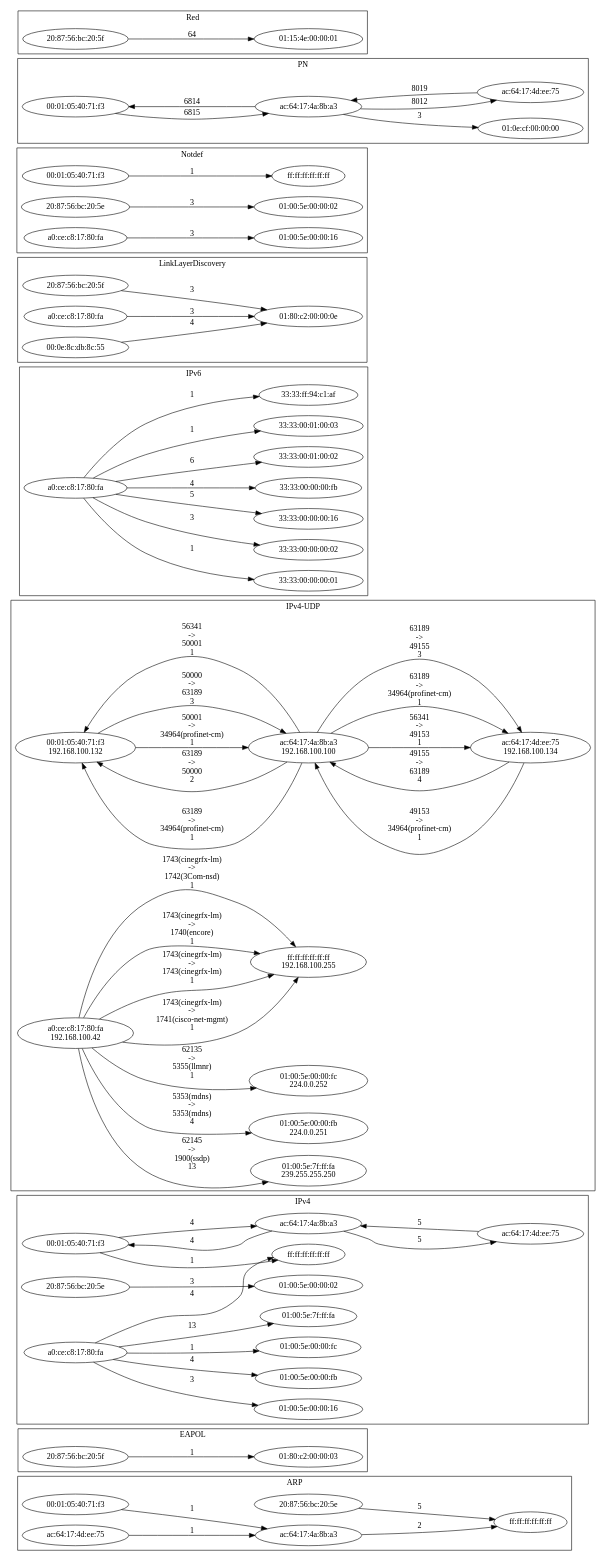
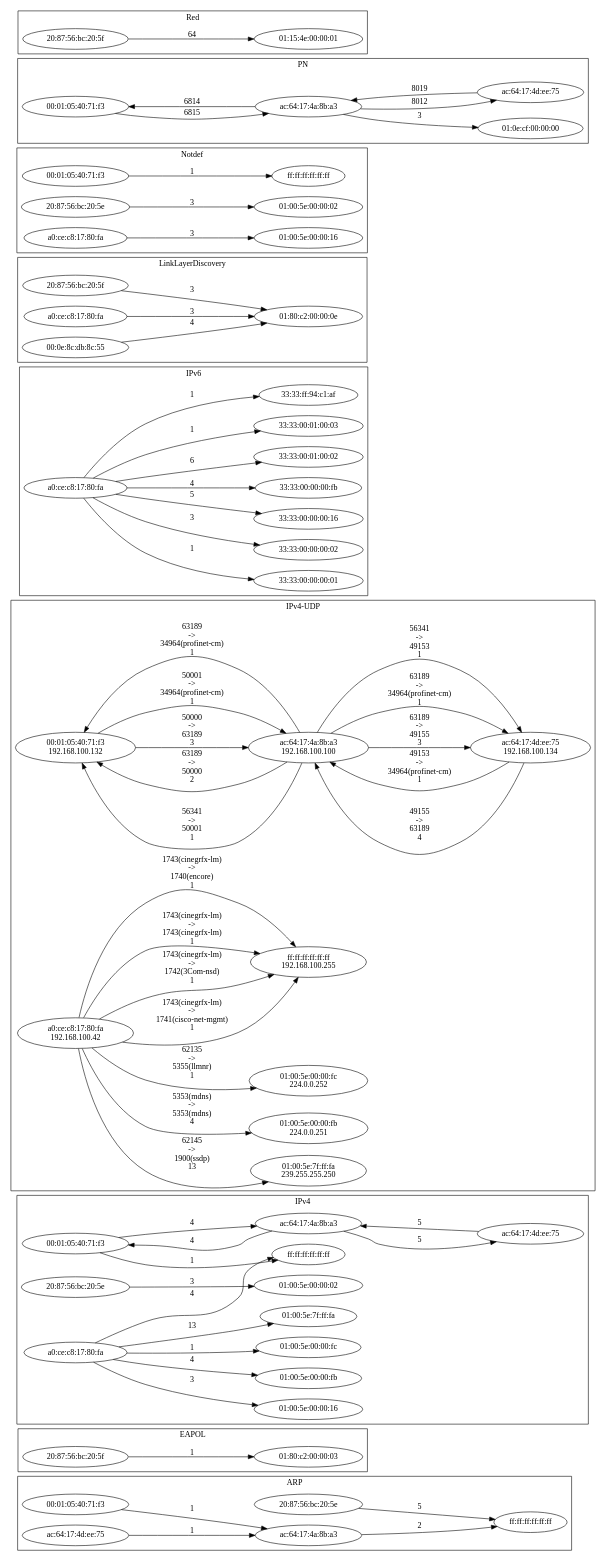
The diagram in results/networkgraph.gv (profAW/neTTool), drawn with Graphviz before and after one commit. The commit also changed 13 other files, not shown here.

```diff
--- a/results/networkgraph.gv
+++ b/results/networkgraph.gv
@@ -1,148 +1,148 @@
 digraph  {
  rankdir= LR;
 
 	subgraph cluster_s1 {
 		label="ARP";
-		n15[label="00:01:05:40:71:f3"];
-		n34[label="20:87:56:bc:20:5e"];
-		n16[label="ac:64:17:4a:8b:a3"];
-		n46[label="ac:64:17:4d:ee:75"];
-		n35[label="ff:ff:ff:ff:ff:ff"];
-		n15->n16[label="1"];
-		n34->n35[label="5"];
-		n16->n35[label="2"];
-		n46->n16[label="1"];
+		n46[label="00:01:05:40:71:f3"];
+		n11[label="20:87:56:bc:20:5e"];
+		n38[label="ac:64:17:4a:8b:a3"];
+		n43[label="ac:64:17:4d:ee:75"];
+		n12[label="ff:ff:ff:ff:ff:ff"];
+		n46->n38[label="1"];
+		n11->n12[label="5"];
+		n38->n12[label="2"];
+		n43->n38[label="1"];
 		
 	}
 	subgraph cluster_s8 {
 		label="EAPOL";
-		n42[label="01:80:c2:00:00:03"];
-		n41[label="20:87:56:bc:20:5f"];
-		n41->n42[label="1"];
+		n23[label="01:80:c2:00:00:03"];
+		n22[label="20:87:56:bc:20:5f"];
+		n22->n23[label="1"];
 		
 	}
 	subgraph cluster_s2 {
 		label="IPv4";
-		n26[label="00:01:05:40:71:f3"];
-		n22[label="01:00:5e:00:00:02"];
-		n43[label="01:00:5e:00:00:16"];
-		n49[label="01:00:5e:00:00:fb"];
-		n59[label="01:00:5e:00:00:fc"];
-		n39[label="01:00:5e:7f:ff:fa"];
-		n21[label="20:87:56:bc:20:5e"];
-		n38[label="a0:ce:c8:17:80:fa"];
-		n25[label="ac:64:17:4a:8b:a3"];
-		n54[label="ac:64:17:4d:ee:75"];
-		n53[label="ff:ff:ff:ff:ff:ff"];
-		n26->n53[label="1"];
-		n26->n25[label="4"];
-		n21->n22[label="3"];
-		n38->n39[label="13"];
-		n38->n43[label="3"];
-		n38->n49[label="4"];
-		n38->n53[label="4"];
-		n38->n59[label="1"];
-		n25->n26[label="4"];
-		n25->n54[label="5"];
-		n54->n25[label="5"];
+		n20[label="00:01:05:40:71:f3"];
+		n33[label="01:00:5e:00:00:02"];
+		n55[label="01:00:5e:00:00:16"];
+		n36[label="01:00:5e:00:00:fb"];
+		n60[label="01:00:5e:00:00:fc"];
+		n58[label="01:00:5e:7f:ff:fa"];
+		n32[label="20:87:56:bc:20:5e"];
+		n28[label="a0:ce:c8:17:80:fa"];
+		n31[label="ac:64:17:4a:8b:a3"];
+		n53[label="ac:64:17:4d:ee:75"];
+		n21[label="ff:ff:ff:ff:ff:ff"];
+		n20->n21[label="1"];
+		n20->n31[label="4"];
+		n32->n33[label="3"];
+		n28->n21[label="4"];
+		n28->n36[label="4"];
+		n28->n55[label="3"];
+		n28->n58[label="13"];
+		n28->n60[label="1"];
+		n31->n20[label="4"];
+		n31->n53[label="5"];
+		n53->n31[label="5"];
 		
 	}
 	subgraph cluster_s4 {
 		label="IPv4-TCP";
 		
 	}
 	subgraph cluster_s3 {
 		label="IPv4-UDP";
-		n14[label="00:01:05:40:71:f3 \n 192.168.100.132"];
-		n56[label="01:00:5e:00:00:fb \n 224.0.0.251"];
-		n51[label="01:00:5e:00:00:fc \n 224.0.0.252"];
-		n20[label="01:00:5e:7f:ff:fa \n 239.255.255.250"];
-		n19[label="a0:ce:c8:17:80:fa \n 192.168.100.42"];
-		n13[label="ac:64:17:4a:8b:a3 \n 192.168.100.100"];
-		n24[label="ac:64:17:4d:ee:75 \n 192.168.100.134"];
-		n23[label="ff:ff:ff:ff:ff:ff \n 192.168.100.255"];
-		n14->n13[label="50001 \n-> \n34964(profinet-cm) \n 1"];
-		n14->n13[label="50000 \n-> \n63189 \n 3"];
-		n19->n20[label="62145 \n-> \n1900(ssdp) \n 13"];
-		n19->n23[label="1743(cinegrfx-lm) \n-> \n1742(3Com-nsd) \n 1"];
-		n19->n23[label="1743(cinegrfx-lm) \n-> \n1741(cisco-net-mgmt) \n 1"];
-		n19->n23[label="1743(cinegrfx-lm) \n-> \n1743(cinegrfx-lm) \n 1"];
-		n19->n51[label="62135 \n-> \n5355(llmnr) \n 1"];
-		n19->n23[label="1743(cinegrfx-lm) \n-> \n1740(encore) \n 1"];
-		n19->n56[label="5353(mdns) \n-> \n5353(mdns) \n 4"];
-		n13->n14[label="56341 \n-> \n50001 \n 1"];
-		n13->n24[label="56341 \n-> \n49153 \n 1"];
-		n13->n24[label="63189 \n-> \n34964(profinet-cm) \n 1"];
-		n13->n14[label="63189 \n-> \n34964(profinet-cm) \n 1"];
-		n13->n14[label="63189 \n-> \n50000 \n 2"];
-		n13->n24[label="63189 \n-> \n49155 \n 3"];
-		n24->n13[label="49153 \n-> \n34964(profinet-cm) \n 1"];
-		n24->n13[label="49155 \n-> \n63189 \n 4"];
+		n19[label="00:01:05:40:71:f3 \n 192.168.100.132"];
+		n54[label="01:00:5e:00:00:fb \n 224.0.0.251"];
+		n56[label="01:00:5e:00:00:fc \n 224.0.0.252"];
+		n47[label="01:00:5e:7f:ff:fa \n 239.255.255.250"];
+		n29[label="a0:ce:c8:17:80:fa \n 192.168.100.42"];
+		n18[label="ac:64:17:4a:8b:a3 \n 192.168.100.100"];
+		n27[label="ac:64:17:4d:ee:75 \n 192.168.100.134"];
+		n30[label="ff:ff:ff:ff:ff:ff \n 192.168.100.255"];
+		n19->n18[label="50000 \n-> \n63189 \n 3"];
+		n19->n18[label="50001 \n-> \n34964(profinet-cm) \n 1"];
+		n29->n30[label="1743(cinegrfx-lm) \n-> \n1740(encore) \n 1"];
+		n29->n30[label="1743(cinegrfx-lm) \n-> \n1741(cisco-net-mgmt) \n 1"];
+		n29->n47[label="62145 \n-> \n1900(ssdp) \n 13"];
+		n29->n54[label="5353(mdns) \n-> \n5353(mdns) \n 4"];
+		n29->n30[label="1743(cinegrfx-lm) \n-> \n1742(3Com-nsd) \n 1"];
+		n29->n56[label="62135 \n-> \n5355(llmnr) \n 1"];
+		n29->n30[label="1743(cinegrfx-lm) \n-> \n1743(cinegrfx-lm) \n 1"];
+		n18->n19[label="63189 \n-> \n34964(profinet-cm) \n 1"];
+		n18->n27[label="63189 \n-> \n49155 \n 3"];
+		n18->n27[label="63189 \n-> \n34964(profinet-cm) \n 1"];
+		n18->n19[label="56341 \n-> \n50001 \n 1"];
+		n18->n27[label="56341 \n-> \n49153 \n 1"];
+		n18->n19[label="63189 \n-> \n50000 \n 2"];
+		n27->n18[label="49155 \n-> \n63189 \n 4"];
+		n27->n18[label="49153 \n-> \n34964(profinet-cm) \n 1"];
 		
 	}
 	subgraph cluster_s5 {
 		label="IPv6";
-		n31[label="33:33:00:00:00:01"];
-		n37[label="33:33:00:00:00:02"];
-		n55[label="33:33:00:00:00:16"];
-		n40[label="33:33:00:00:00:fb"];
-		n60[label="33:33:00:01:00:02"];
-		n52[label="33:33:00:01:00:03"];
-		n28[label="33:33:ff:94:c1:af"];
-		n27[label="a0:ce:c8:17:80:fa"];
-		n27->n28[label="1"];
-		n27->n31[label="1"];
-		n27->n37[label="3"];
-		n27->n40[label="4"];
-		n27->n52[label="1"];
-		n27->n55[label="5"];
-		n27->n60[label="6"];
+		n37[label="33:33:00:00:00:01"];
+		n26[label="33:33:00:00:00:02"];
+		n14[label="33:33:00:00:00:16"];
+		n48[label="33:33:00:00:00:fb"];
+		n15[label="33:33:00:01:00:02"];
+		n57[label="33:33:00:01:00:03"];
+		n59[label="33:33:ff:94:c1:af"];
+		n13[label="a0:ce:c8:17:80:fa"];
+		n13->n14[label="5"];
+		n13->n15[label="6"];
+		n13->n26[label="3"];
+		n13->n37[label="1"];
+		n13->n48[label="4"];
+		n13->n57[label="1"];
+		n13->n59[label="1"];
 		
 	}
 	subgraph cluster_s9 {
 		label="LinkLayerDiscovery";
-		n36[label="00:0e:8c:db:8c:55"];
-		n18[label="01:80:c2:00:00:0e"];
-		n50[label="20:87:56:bc:20:5f"];
-		n17[label="a0:ce:c8:17:80:fa"];
-		n36->n18[label="4"];
-		n50->n18[label="3"];
-		n17->n18[label="3"];
+		n39[label="00:0e:8c:db:8c:55"];
+		n40[label="01:80:c2:00:00:0e"];
+		n41[label="20:87:56:bc:20:5f"];
+		n42[label="a0:ce:c8:17:80:fa"];
+		n39->n40[label="4"];
+		n41->n40[label="3"];
+		n42->n40[label="3"];
 		
 	}
 	subgraph cluster_s10 {
 		label="Notdef";
-		n57[label="00:01:05:40:71:f3"];
+		n49[label="00:01:05:40:71:f3"];
 		n45[label="01:00:5e:00:00:02"];
-		n30[label="01:00:5e:00:00:16"];
+		n17[label="01:00:5e:00:00:16"];
 		n44[label="20:87:56:bc:20:5e"];
-		n29[label="a0:ce:c8:17:80:fa"];
-		n58[label="ff:ff:ff:ff:ff:ff"];
-		n57->n58[label="1"];
+		n16[label="a0:ce:c8:17:80:fa"];
+		n50[label="ff:ff:ff:ff:ff:ff"];
+		n49->n50[label="1"];
 		n44->n45[label="3"];
-		n29->n30[label="3"];
+		n16->n17[label="3"];
 		
 	}
 	subgraph cluster_s6 {
 		label="PN";
-		n33[label="00:01:05:40:71:f3"];
-		n12[label="01:0e:cf:00:00:00"];
-		n11[label="ac:64:17:4a:8b:a3"];
-		n32[label="ac:64:17:4d:ee:75"];
-		n33->n11[label="6815"];
-		n11->n12[label="3"];
-		n11->n33[label="6814"];
-		n11->n32[label="8012"];
-		n32->n11[label="8019"];
+		n24[label="00:01:05:40:71:f3"];
+		n35[label="01:0e:cf:00:00:00"];
+		n25[label="ac:64:17:4a:8b:a3"];
+		n34[label="ac:64:17:4d:ee:75"];
+		n24->n25[label="6815"];
+		n25->n34[label="8012"];
+		n25->n35[label="3"];
+		n25->n24[label="6814"];
+		n34->n25[label="8019"];
 		
 	}
 	subgraph cluster_s7 {
 		label="Red";
-		n48[label="01:15:4e:00:00:01"];
-		n47[label="20:87:56:bc:20:5f"];
-		n47->n48[label="64"];
+		n52[label="01:15:4e:00:00:01"];
+		n51[label="20:87:56:bc:20:5f"];
+		n51->n52[label="64"];
 		
 	}
 	
 	
 }
```
